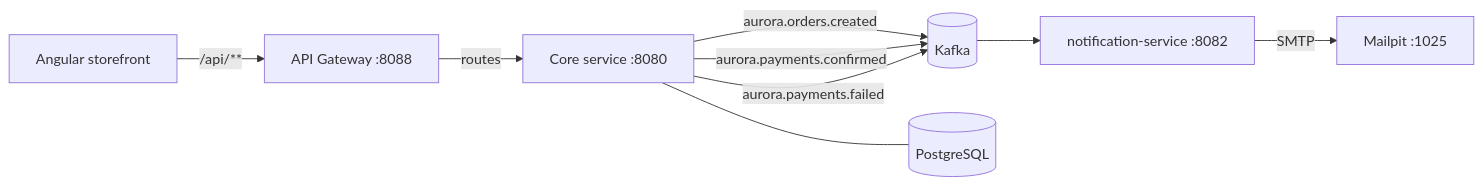
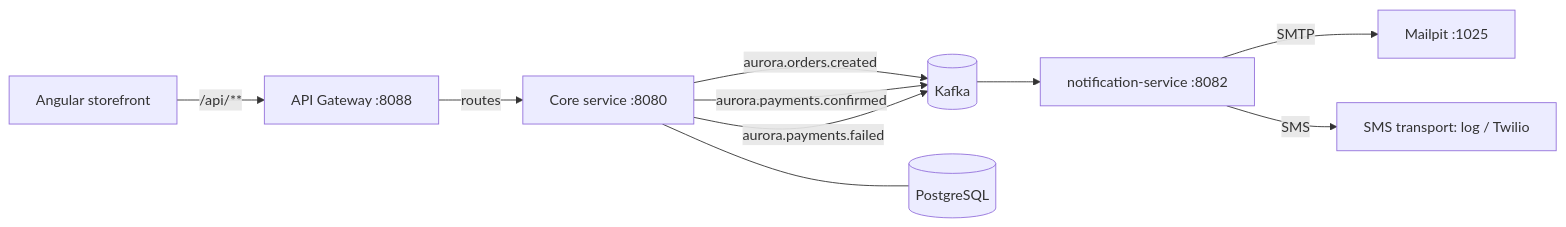
Before and after one commit to JoseQuinteroDev/aurora-marketplace: the diagram in docs/architecture/03_event_driven_microservices.md, drawn with Mermaid. The commit also changed other lines of this file and 26 other files, not shown here.

````diff
--- a/docs/architecture/03_event_driven_microservices.md
+++ b/docs/architecture/03_event_driven_microservices.md
@@ -26,14 +26,15 @@
 ```mermaid
 flowchart LR
     UI[Angular storefront] -->|/api/**| GW[API Gateway :8088]
     GW -->|routes| CORE[Core service :8080]
 
     CORE -->|aurora.orders.created| K[(Kafka)]
     CORE -->|aurora.payments.confirmed| K
     CORE -->|aurora.payments.failed| K
 
     K --> NS[notification-service :8082]
     NS -->|SMTP| MP[Mailpit :1025]
+    NS -->|SMS| SMS[SMS transport: log / Twilio]
 
     CORE --- PG[(PostgreSQL)]
 ```
````
